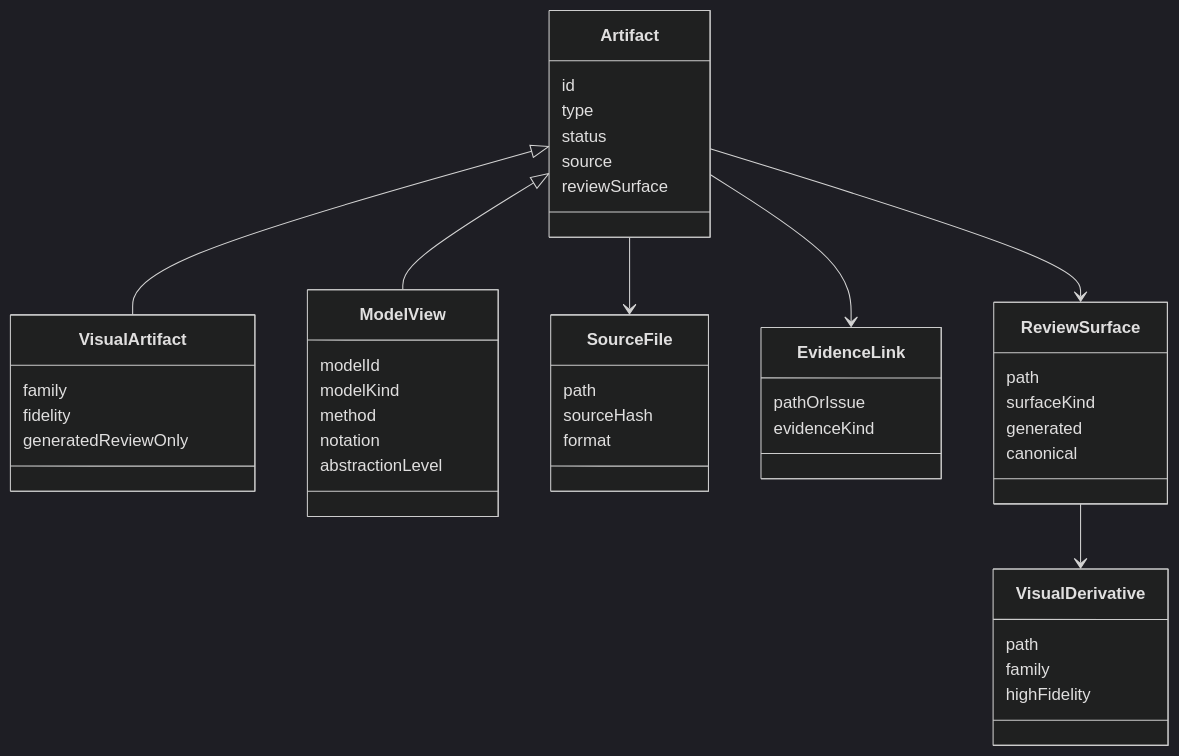
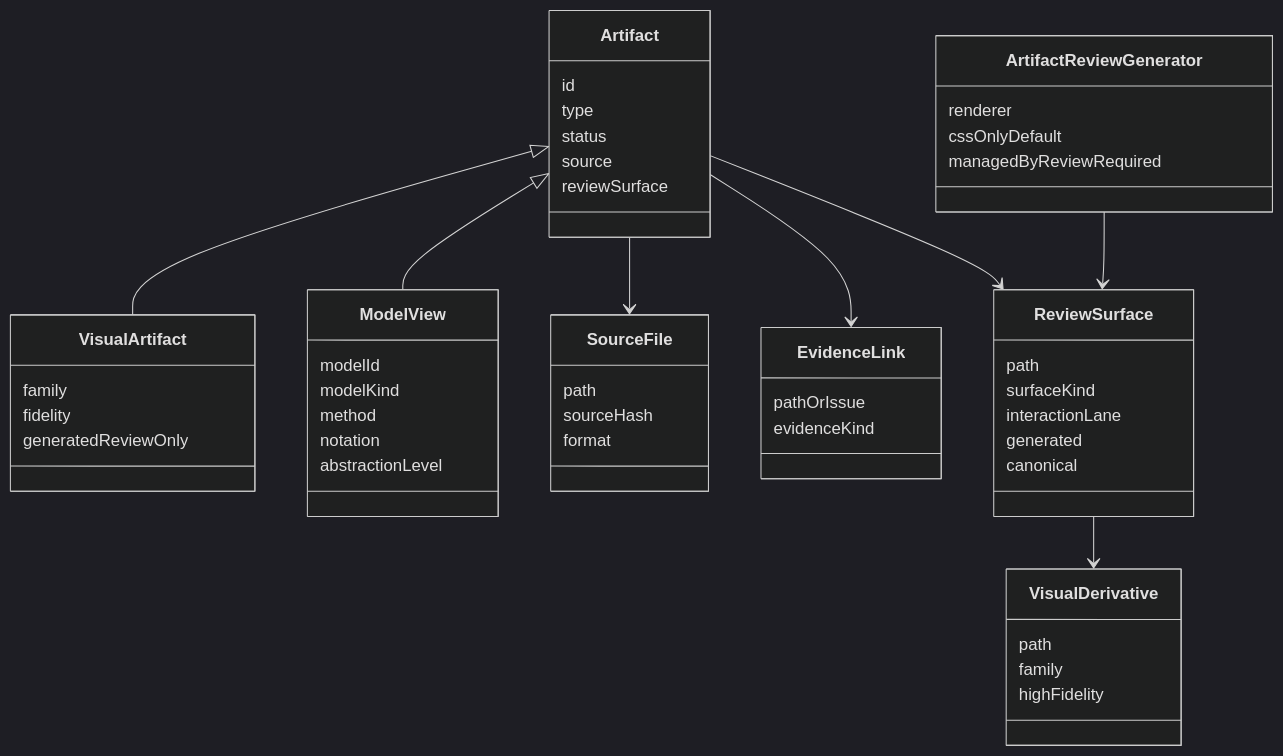
One commit to 45ck/skill-harness changed the diagram in docs/artifacts/source/models/sh-domain-artifact-governance.md. Above: the diagram before and after it, drawn with Mermaid (dark theme). The commit also changed other lines of this file and 39 other files, not shown here.

````diff
--- a/docs/artifacts/source/models/sh-domain-artifact-governance.md
+++ b/docs/artifacts/source/models/sh-domain-artifact-governance.md
@@ -45,48 +49,55 @@
 ```mermaid
 classDiagram
   class Artifact {
     id
     type
     status
     source
     reviewSurface
   }
   class VisualArtifact {
     family
     fidelity
     generatedReviewOnly
   }
   class ModelView {
     modelId
     modelKind
     method
     notation
     abstractionLevel
   }
   class SourceFile {
     path
     sourceHash
     format
   }
   class VisualDerivative {
     path
     family
     highFidelity
   }
   class EvidenceLink {
     pathOrIssue
     evidenceKind
   }
   class ReviewSurface {
     path
     surfaceKind
+    interactionLane
     generated
     canonical
+  }
+  class ArtifactReviewGenerator {
+    renderer
+    cssOnlyDefault
+    managedByReviewRequired
   }
   Artifact <|-- VisualArtifact
   Artifact <|-- ModelView
   Artifact --> SourceFile
   Artifact --> EvidenceLink
   Artifact --> ReviewSurface
   ReviewSurface --> VisualDerivative
+  ArtifactReviewGenerator --> ReviewSurface
 ```
````
